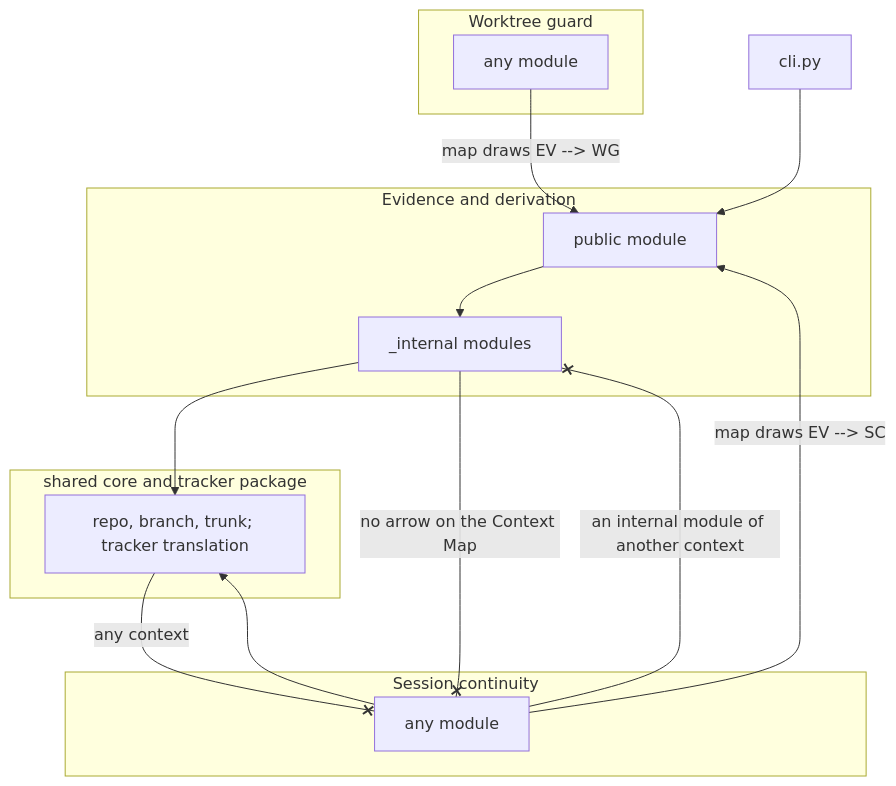
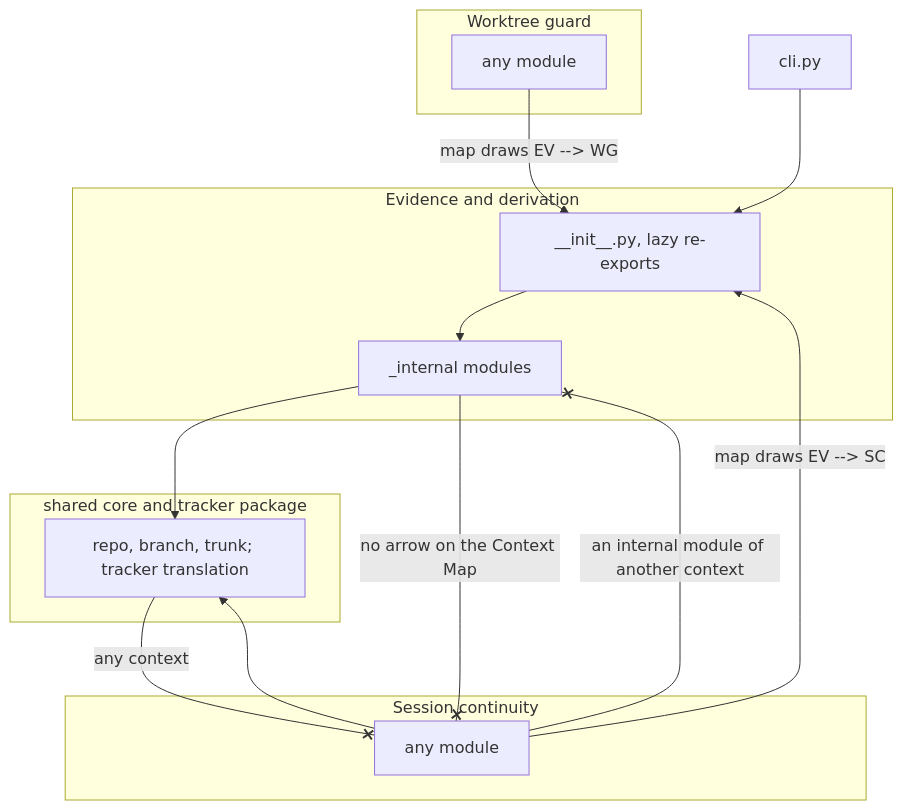
One commit to aamarin/wfctl changed the diagram in docs/architecture/contexts-are-packages.md. Above: the diagram before and after it, drawn with Mermaid. The commit also changed other lines of this file, not shown here.

````diff
--- a/docs/architecture/contexts-are-packages.md
+++ b/docs/architecture/contexts-are-packages.md
@@ -106,27 +120,27 @@
 ```mermaid
 flowchart TB
     subgraph EV["Evidence and derivation"]
-        EVP["public module"]
+        EVP["__init__.py, lazy re-exports"]
         EVI["_internal modules"]
         EVP --> EVI
     end
     subgraph SC["Session continuity"]
         SCM["any module"]
     end
     subgraph WG["Worktree guard"]
         WGM["any module"]
     end
     subgraph SH["shared core and tracker package"]
         SHM["repo, branch, trunk; tracker translation"]
     end
     CLI["cli.py"]
 
     SCM -->|"map draws EV --> SC"| EVP
     WGM -->|"map draws EV --> WG"| EVP
     SCM --> SHM
     EVI --> SHM
     CLI --> EVP
     SCM -- "an internal module of another context" --x EVI
     EVI -- "no arrow on the Context Map" --x SCM
     SHM -- "any context" --x SCM
 ```
````
